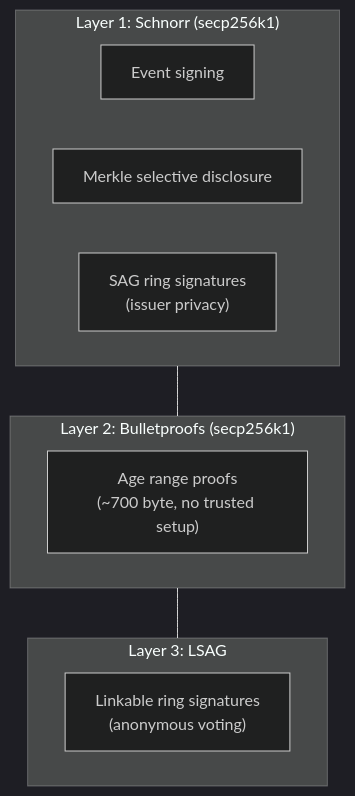
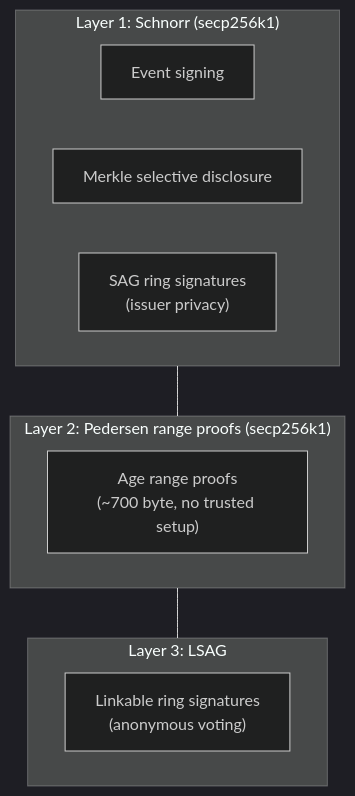
One commit to forgesworn/signet changed the fourth of 5 diagrams in docs/index.md. Above: the diagram before and after it, drawn with Mermaid (dark theme). The commit also changed other lines of this file and 3 other files, not shown here.

Commit message:
docs: update spec for generic attestation kind architecture

````diff
--- a/docs/index.md
+++ b/docs/index.md
@@ -81,19 +81,19 @@
 ```mermaid
 flowchart TB
     subgraph L1["Layer 1: Schnorr (secp256k1)"]
         Signing["Event signing"]
         Merkle["Merkle selective disclosure"]
         Ring["SAG ring signatures\n(issuer privacy)"]
     end
 
-    subgraph L2["Layer 2: Bulletproofs (secp256k1)"]
+    subgraph L2["Layer 2: Pedersen range proofs (secp256k1)"]
         Age["Age range proofs\n(~700 byte, no trusted setup)"]
     end
 
     subgraph L3["Layer 3: LSAG"]
         Vote["Linkable ring signatures\n(anonymous voting)"]
     end
 
     L1 --- L2
     L2 --- L3
 ```
````
